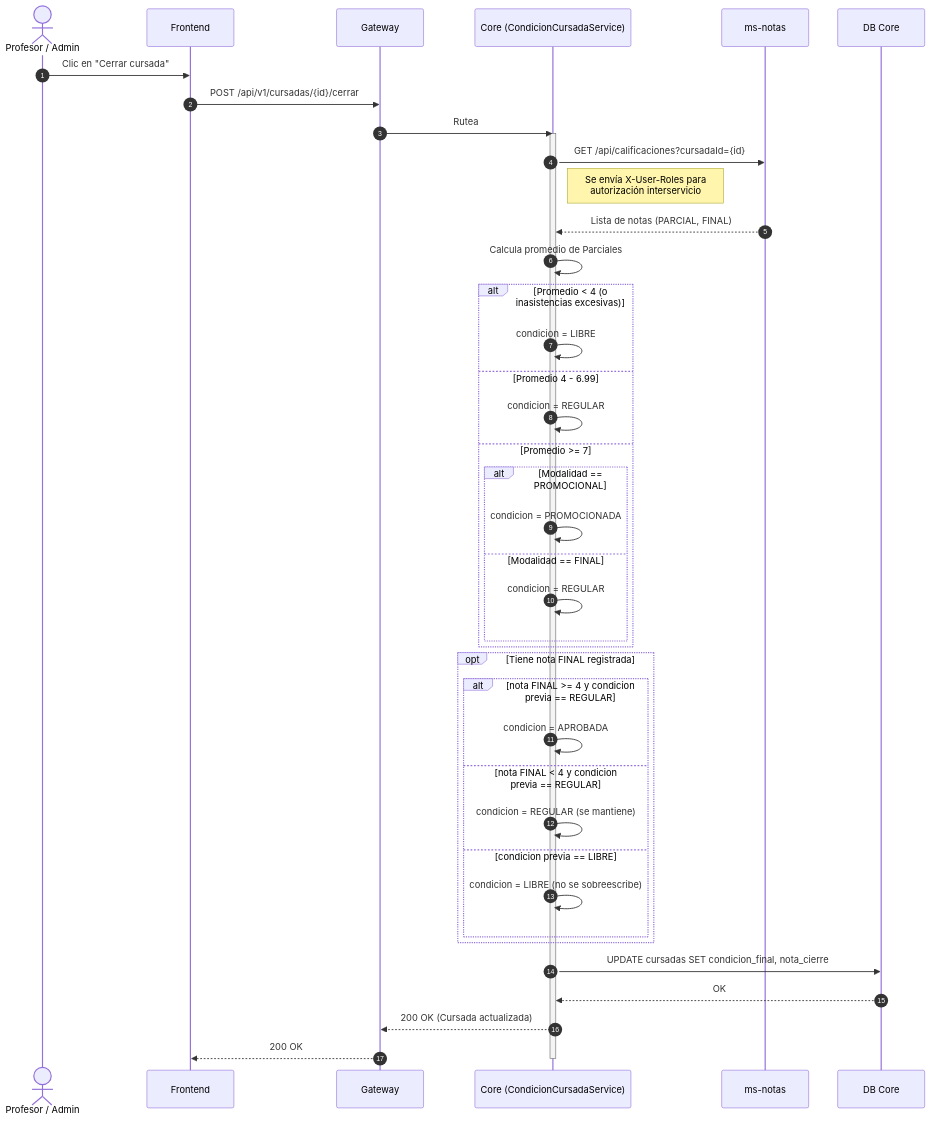
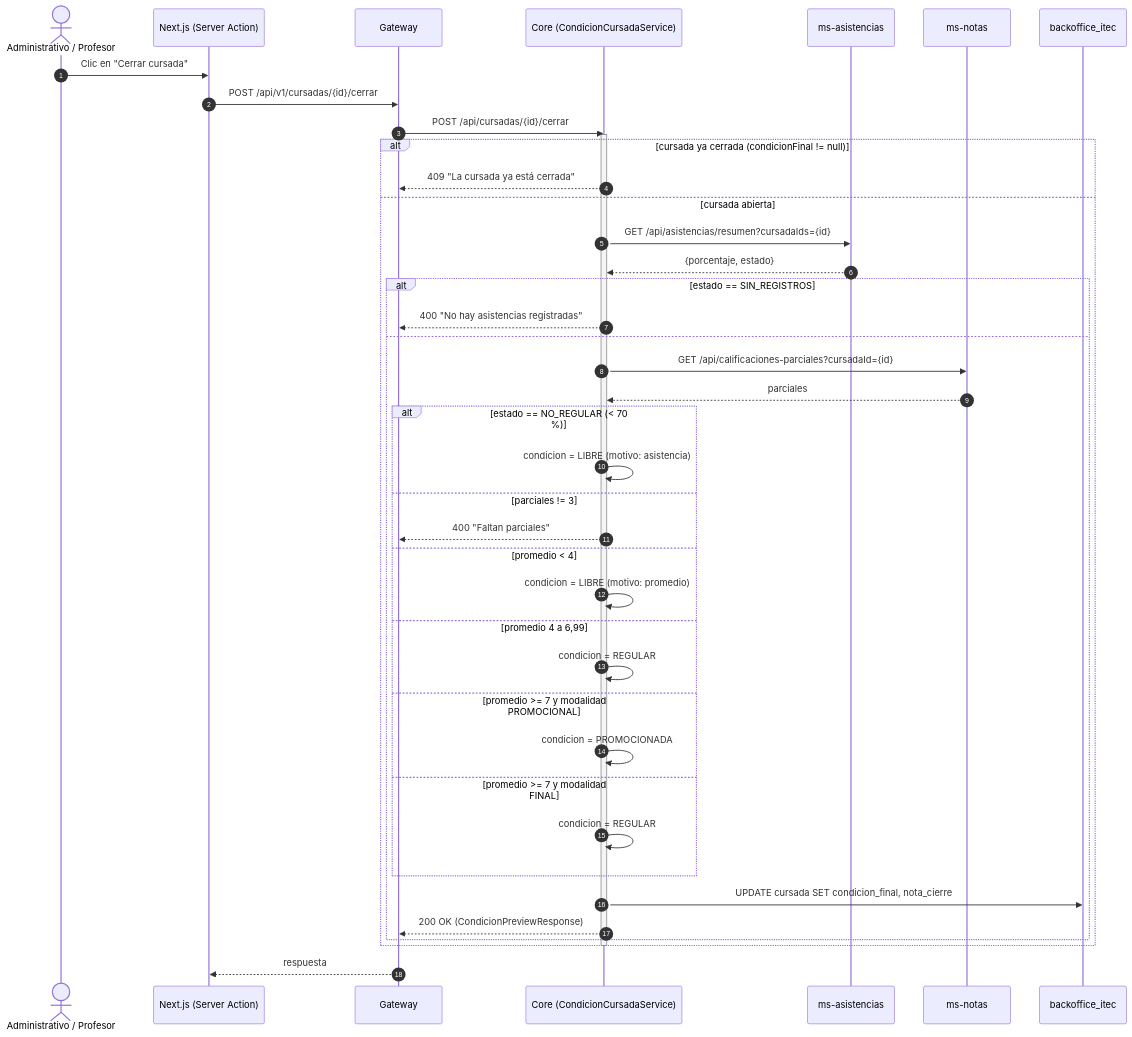
Before and after one commit to JuancaSterba/web-2026-itec: the second of 3 diagrams in docs/03.30-Diagrama_Secuencia_Notas.md, drawn with Mermaid. The commit also changed other lines of this file and 1 other file, not shown here.

First line of the commit message:
docs(flujos): estados y secuencia de notas segun el codigo (#31)

````diff
--- a/docs/03.30-Diagrama_Secuencia_Notas.md
+++ b/docs/03.30-Diagrama_Secuencia_Notas.md
@@ -43,49 +40,46 @@
 ```mermaid
 sequenceDiagram
     autonumber
-    actor Docente as Profesor / Admin
-    participant Frontend
+    actor Docente as Administrativo / Profesor
+    participant Next as Next.js (Server Action)
     participant Gateway
     participant Core as Core (CondicionCursadaService)
+    participant MS_Asis as ms-asistencias
     participant MS_Notas as ms-notas
-    participant DB_Core as DB Core
+    participant DB_Core as backoffice_itec
 
-    Docente->>Frontend: Clic en "Cerrar cursada"
-    Frontend->>Gateway: POST /api/v1/cursadas/{id}/cerrar
-    Gateway->>Core: Rutea
-    
+    Docente->>Next: Clic en "Cerrar cursada"
+    Next->>Gateway: POST /api/v1/cursadas/{id}/cerrar
+    Gateway->>Core: POST /api/cursadas/{id}/cerrar
+
     activate Core
-    Core->>MS_Notas: GET /api/calificaciones?cursadaId={id}
-    Note right of Core: Se envía X-User-Roles para<br>autorización interservicio
-    MS_Notas-->>Core: Lista de notas (PARCIAL, FINAL)
-    
-    Core->>Core: Calcula promedio de Parciales
-    
-    alt Promedio < 4 (o inasistencias excesivas)
-        Core->>Core: condicion = LIBRE
-    else Promedio 4 - 6.99
-        Core->>Core: condicion = REGULAR
-    else Promedio >= 7
-        alt Modalidad == PROMOCIONAL
-            Core->>Core: condicion = PROMOCIONADA
-        else Modalidad == FINAL
-            Core->>Core: condicion = REGULAR
+    alt cursada ya cerrada (condicionFinal != null)
+        Core-->>Gateway: 409 "La cursada ya está cerrada"
+    else cursada abierta
+        Core->>MS_Asis: GET /api/asistencias/resumen?cursadaIds={id}
+        MS_Asis-->>Core: {porcentaje, estado}
+        alt estado == SIN_REGISTROS
+            Core-->>Gateway: 400 "No hay asistencias registradas"
+        else
+            Core->>MS_Notas: GET /api/calificaciones-parciales?cursadaId={id}
+            MS_Notas-->>Core: parciales
+            alt estado == NO_REGULAR (< 70 %)
+                Core->>Core: condicion = LIBRE (motivo: asistencia)
+            else parciales != 3
+                Core-->>Gateway: 400 "Faltan parciales"
+            else promedio < 4
+                Core->>Core: condicion = LIBRE (motivo: promedio)
+            else promedio 4 a 6,99
+                Core->>Core: condicion = REGULAR
+            else promedio >= 7 y modalidad PROMOCIONAL
+                Core->>Core: condicion = PROMOCIONADA
+            else promedio >= 7 y modalidad FINAL
+                Core->>Core: condicion = REGULAR
+            end
+            Core->>DB_Core: UPDATE cursada SET condicion_final, nota_cierre
+            Core-->>Gateway: 200 OK (CondicionPreviewResponse)
         end
     end
-    
-    opt Tiene nota FINAL registrada
-        alt nota FINAL >= 4 y condicion previa == REGULAR
-            Core->>Core: condicion = APROBADA
-        else nota FINAL < 4 y condicion previa == REGULAR
-            Core->>Core: condicion = REGULAR (se mantiene)
-        else condicion previa == LIBRE
-            Core->>Core: condicion = LIBRE (no se sobreescribe)
-        end
-    end
-    
-    Core->>DB_Core: UPDATE cursadas SET condicion_final, nota_cierre
-    DB_Core-->>Core: OK
-    Core-->>Gateway: 200 OK (Cursada actualizada)
-    Gateway-->>Frontend: 200 OK
     deactivate Core
+    Gateway-->>Next: respuesta
 ```
````
